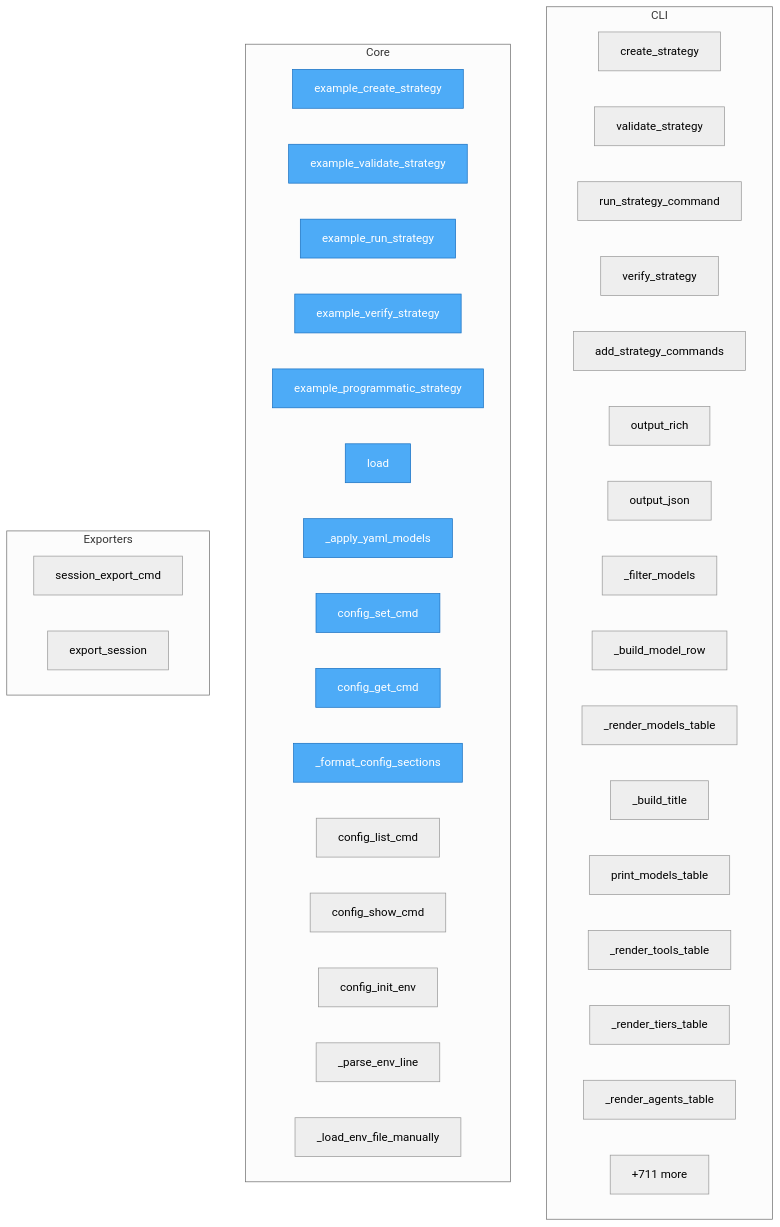
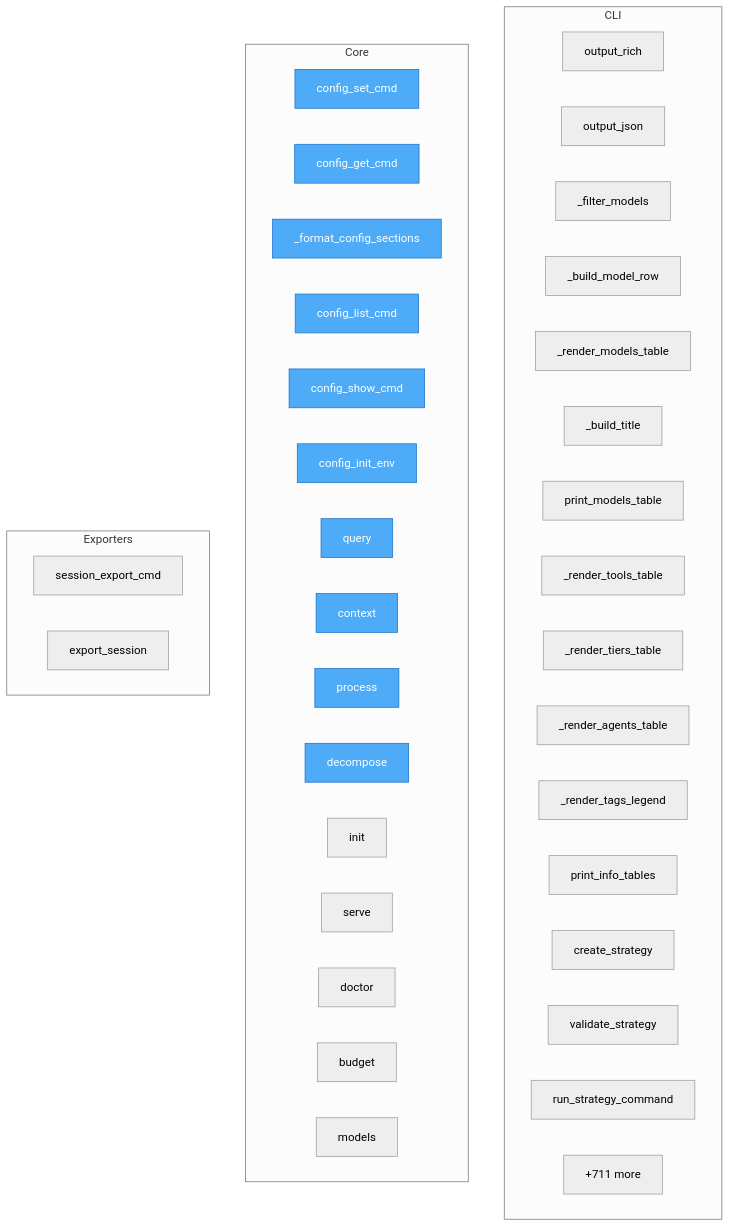
The diagram in project/flow.mmd (semcod/llx), drawn with Mermaid (neutral theme) before and after one commit. The commit also changed 25 other files, not shown here.

```diff
--- a/project/flow.mmd
+++ b/project/flow.mmd
@@ -1,49 +1,49 @@
 flowchart TD
 
     %% Entry points (blue)
     classDef entry fill:#4dabf7,stroke:#1971c2,color:#fff
 
     subgraph CLI
-        llx__cli__strategy_commands__create_strategy["create_strategy"]
-        llx__cli__strategy_commands__validate_strategy["validate_strategy"]
-        llx__cli__strategy_commands__run_strategy_command["run_strategy_command"]
-        llx__cli__strategy_commands__verify_strategy["verify_strategy"]
-        llx__cli__strategy_commands__add_strategy_commands["add_strategy_commands"]
         llx__cli__formatters__output_rich["output_rich"]
         llx__cli__formatters__output_json["output_json"]
         llx__cli__formatters___filter_models["_filter_models"]
         llx__cli__formatters___build_model_row["_build_model_row"]
         llx__cli__formatters___render_models_table["_render_models_table"]
         llx__cli__formatters___build_title["_build_title"]
         llx__cli__formatters__print_models_table["print_models_table"]
         llx__cli__formatters___render_tools_table["_render_tools_table"]
         llx__cli__formatters___render_tiers_table["_render_tiers_table"]
         llx__cli__formatters___render_agents_table["_render_agents_table"]
+        llx__cli__formatters___render_tags_legend["_render_tags_legend"]
+        llx__cli__formatters__print_info_tables["print_info_tables"]
+        llx__cli__strategy_commands__create_strategy["create_strategy"]
+        llx__cli__strategy_commands__validate_strategy["validate_strategy"]
+        llx__cli__strategy_commands__run_strategy_command["run_strategy_command"]
         ...["+19 more"]
     end
 
     subgraph Core
-        llx__strategy__examples__example_create_strategy["example_create_strategy"]
-        llx__strategy__examples__example_validate_strategy["example_validate_strategy"]
-        llx__strategy__examples__example_run_strategy["example_run_strategy"]
-        llx__strategy__examples__example_verify_strategy["example_verify_strategy"]
-        llx__strategy__examples__example_programmatic_strategy["example_programmatic_strategy"]
-        llx__config__LlxConfig__load["load"]
-        llx__config___apply_yaml_models["_apply_yaml_models"]
         llx__prellm__cli_config__config_set_cmd["config_set_cmd"]
         llx__prellm__cli_config__config_get_cmd["config_get_cmd"]
         llx__prellm__cli_config___format_config_sections["_format_config_sections"]
         llx__prellm__cli_config__config_list_cmd["config_list_cmd"]
         llx__prellm__cli_config__config_show_cmd["config_show_cmd"]
         llx__prellm__cli_config__config_init_env["config_init_env"]
-        llx__prellm__env_config___parse_env_line["_parse_env_line"]
-        llx__prellm__env_config___load_env_file_manually["_load_env_file_manually"]
+        llx__prellm__cli__query["query"]
+        llx__prellm__cli__context["context"]
+        llx__prellm__cli__process["process"]
+        llx__prellm__cli__decompose["decompose"]
+        llx__prellm__cli__init["init"]
+        llx__prellm__cli__serve["serve"]
+        llx__prellm__cli__doctor["doctor"]
+        llx__prellm__cli__budget["budget"]
+        llx__prellm__cli__models["models"]
         ...["+711 more"]
     end
 
     subgraph Exporters
         llx__prellm__cli__session_export_cmd["session_export_cmd"]
         llx__prellm__context__user_memory__UserMemory__export_session["export_session"]
     end
 
-    class llx__strategy__examples__example_create_strategy,llx__strategy__examples__example_validate_strategy,llx__strategy__examples__example_run_strategy,llx__strategy__examples__example_verify_strategy,llx__strategy__examples__example_programmatic_strategy,llx__config__LlxConfig__load,llx__config___apply_yaml_models,llx__prellm__cli_config__config_set_cmd,llx__prellm__cli_config__config_get_cmd,llx__prellm__cli_config___format_config_sections entry
+    class llx__prellm__cli_config__config_set_cmd,llx__prellm__cli_config__config_get_cmd,llx__prellm__cli_config___format_config_sections,llx__prellm__cli_config__config_list_cmd,llx__prellm__cli_config__config_show_cmd,llx__prellm__cli_config__config_init_env,llx__prellm__cli__query,llx__prellm__cli__context,llx__prellm__cli__process,llx__prellm__cli__decompose entry
```
